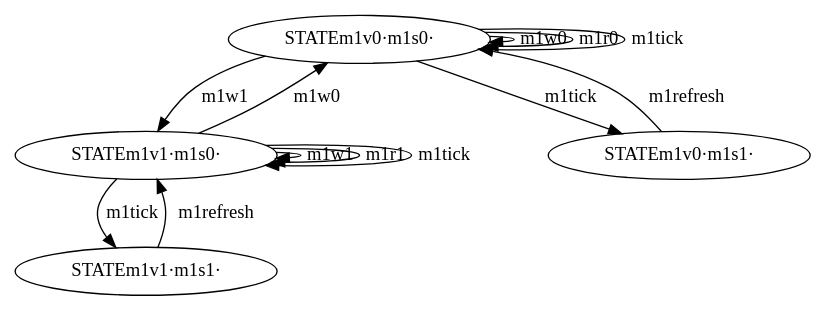
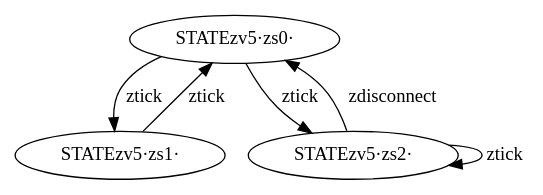
The diagram in out/SpecModel.dot (cl-unrc-lab/Tolerange), drawn with Graphviz before and after one commit. The commit also changed 214 other files, not shown here.

```diff
--- a/out/SpecModel.dot
+++ b/out/SpecModel.dot
@@ -1,16 +1,9 @@
 digraph model {
 
-    STATEm1v0·m1s0· -> STATEm1v1·m1s0· [label = "m1w1"];
-    STATEm1v0·m1s0· -> STATEm1v0·m1s0· [label = "m1w0"];
-    STATEm1v0·m1s0· -> STATEm1v0·m1s0· [label = "m1r0"];
-    STATEm1v0·m1s0· -> STATEm1v0·m1s0· [label = "m1tick"];
-    STATEm1v0·m1s0· -> STATEm1v0·m1s1· [label = "m1tick"];
-    STATEm1v1·m1s0· -> STATEm1v1·m1s0· [label = "m1w1"];
-    STATEm1v1·m1s0· -> STATEm1v1·m1s0· [label = "m1r1"];
-    STATEm1v1·m1s0· -> STATEm1v1·m1s0· [label = "m1tick"];
-    STATEm1v1·m1s0· -> STATEm1v0·m1s0· [label = "m1w0"];
-    STATEm1v1·m1s0· -> STATEm1v1·m1s1· [label = "m1tick"];
-    STATEm1v0·m1s1· -> STATEm1v0·m1s0· [label = "m1refresh"];
-    STATEm1v1·m1s1· -> STATEm1v1·m1s0· [label = "m1refresh"];
+    STATEzv5·zs0· -> STATEzv5·zs1· [label = "ztick"];
+    STATEzv5·zs0· -> STATEzv5·zs2· [label = "ztick"];
+    STATEzv5·zs1· -> STATEzv5·zs0· [label = "ztick"];
+    STATEzv5·zs2· -> STATEzv5·zs0· [label = "zdisconnect"];
+    STATEzv5·zs2· -> STATEzv5·zs2· [label = "ztick"];
 
 }
```
